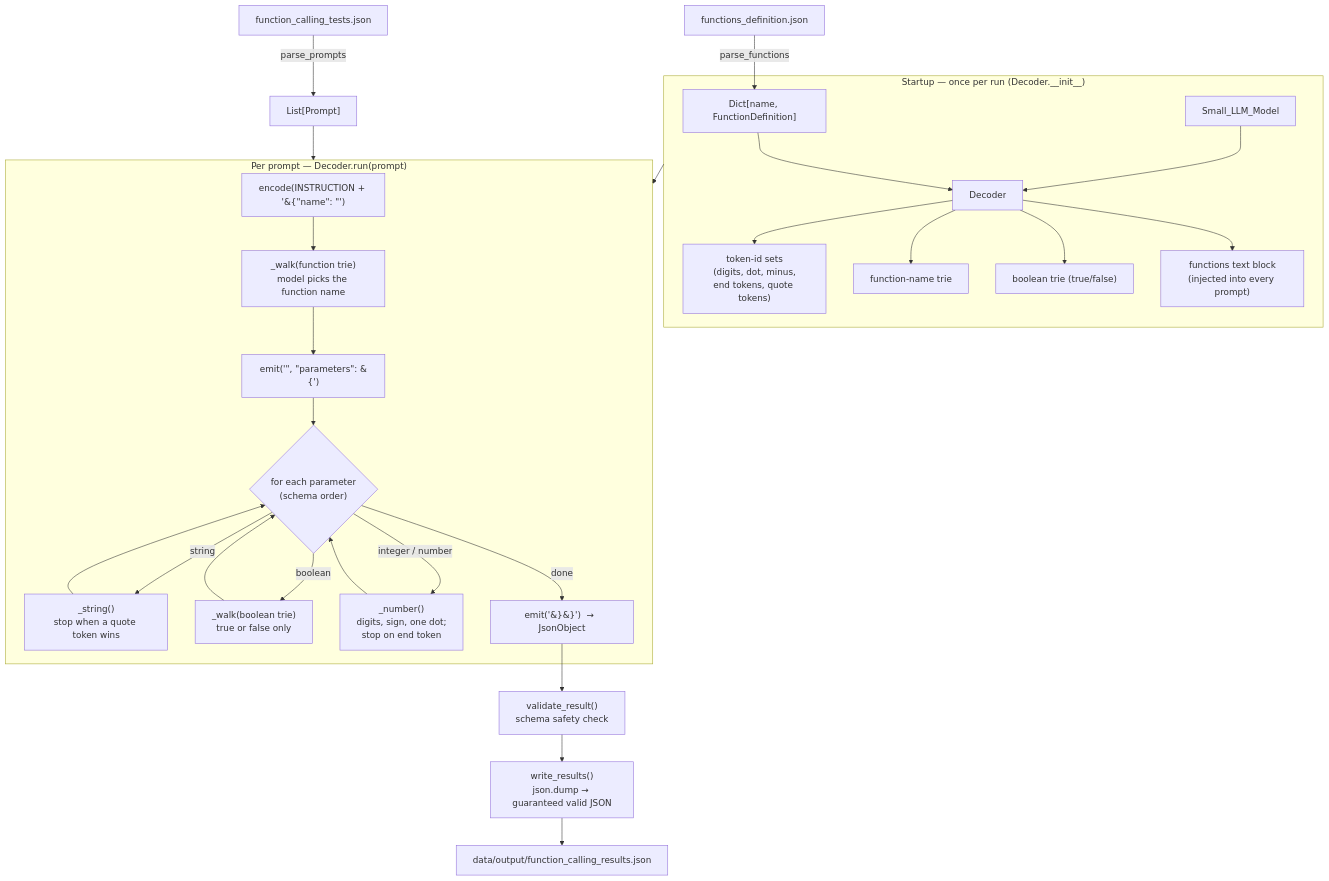
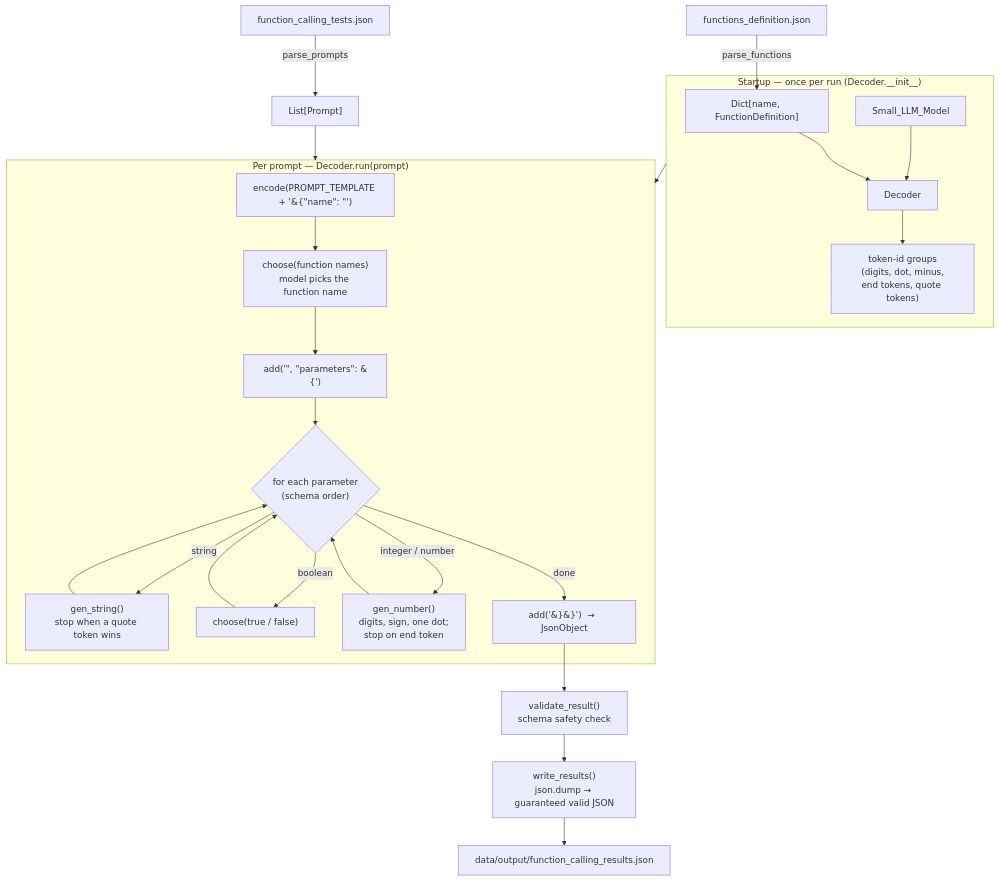
Before and after one commit to laghzal49/Call-me-maybe: the first of 2 diagrams in docs/00-overview.md, drawn with Mermaid. The commit also changed other lines of this file and 20 other files, not shown here.

````diff
--- a/docs/00-overview.md
+++ b/docs/00-overview.md
@@ -46,33 +46,30 @@
 ```mermaid
 flowchart TD
     FD[functions_definition.json] -->|parse_functions| F["Dict[name, FunctionDefinition]"]
     TI[function_calling_tests.json] -->|parse_prompts| P["List[Prompt]"]
 
     subgraph startup ["Startup — once per run (Decoder.__init__)"]
         LLM[Small_LLM_Model] --> D[Decoder]
         F --> D
-        D --> V["token-id sets<br/>(digits, dot, minus,<br/>end tokens, quote tokens)"]
-        D --> FT["function-name trie"]
-        D --> BT["boolean trie (true/false)"]
-        D --> B["functions text block<br/>(injected into every prompt)"]
+        D --> V["token-id groups<br/>(digits, dot, minus,<br/>end tokens, quote tokens)"]
     end
 
     subgraph perprompt ["Per prompt — Decoder.run(prompt)"]
-        S1["encode(INSTRUCTION + '&#123;&quot;name&quot;: &quot;')"] --> S2["_walk(function trie)<br/>model picks the function name"]
-        S2 --> S3["emit('&quot;, &quot;parameters&quot;: &#123;')"]
+        S1["encode(PROMPT_TEMPLATE + '&#123;&quot;name&quot;: &quot;')"] --> S2["choose(function names)<br/>model picks the function name"]
+        S2 --> S3["add('&quot;, &quot;parameters&quot;: &#123;')"]
         S3 --> S4{"for each parameter<br/>(schema order)"}
-        S4 -->|string| V1["_string()<br/>stop when a quote token wins"]
-        S4 -->|boolean| V2["_walk(boolean trie)<br/>true or false only"]
-        S4 -->|integer / number| V3["_number()<br/>digits, sign, one dot;<br/>stop on end token"]
+        S4 -->|string| V1["gen_string()<br/>stop when a quote token wins"]
+        S4 -->|boolean| V2["choose(true / false)"]
+        S4 -->|integer / number| V3["gen_number()<br/>digits, sign, one dot;<br/>stop on end token"]
         V1 --> S4
         V2 --> S4
         V3 --> S4
-        S4 -->|done| S5["emit('&#125;&#125;')  →  JsonObject"]
+        S4 -->|done| S5["add('&#125;&#125;')  →  JsonObject"]
     end
 
     P --> perprompt
     startup --> perprompt
     S5 --> VAL["validate_result()<br/>schema safety check"]
     VAL --> W["write_results()<br/>json.dump → guaranteed valid JSON"]
     W --> OUT[data/output/function_calling_results.json]
 ```
````
